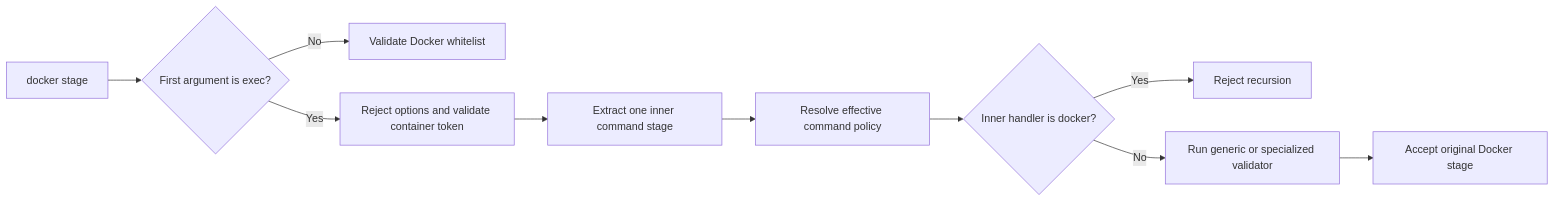
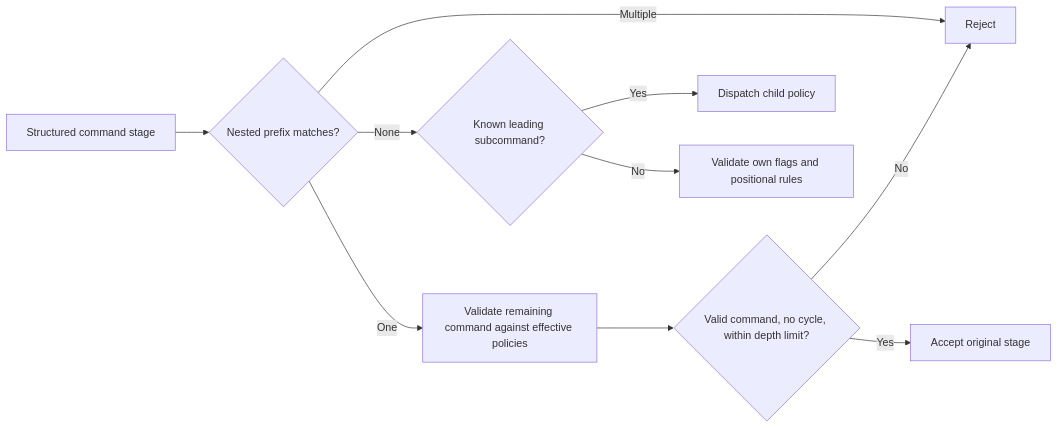
Before and after one commit to untillpro/safe-ssh-mcp: the third of 3 diagrams in docs/design.md, drawn with Mermaid. The commit also changed other lines of this file and 7 other files, not shown here.

First line of the commit message:
Enhance command policy structure with subcommands and nested commands

````diff
--- a/docs/design.md
+++ b/docs/design.md
@@ -126,12 +139,12 @@
 ```mermaid
 flowchart LR
-    Docker["docker stage"] --> Kind{"First argument is exec?"}
-    Kind -->|No| Generic["Validate Docker whitelist"]
-    Kind -->|Yes| Envelope["Reject options and validate container token"]
-    Envelope --> Inner["Extract one inner command stage"]
-    Inner --> Policy["Resolve effective command policy"]
-    Policy --> Guard{"Inner handler is docker?"}
-    Guard -->|Yes| Reject["Reject recursion"]
-    Guard -->|No| Validate["Run generic or specialized validator"]
-    Validate --> Accept["Accept original Docker stage"]
+    Stage["Structured command stage"] --> Prefix{"Nested prefix matches?"}
+    Prefix -->|Multiple| Reject["Reject"]
+    Prefix -->|One| Inner["Validate remaining command against effective policies"]
+    Inner --> Guard{"Valid command, no cycle, within depth limit?"}
+    Guard -->|No| Reject
+    Guard -->|Yes| Accept["Accept original stage"]
+    Prefix -->|None| Child{"Known leading subcommand?"}
+    Child -->|Yes| Recurse["Dispatch child policy"]
+    Child -->|No| Own["Validate own flags and positional rules"]
 ```
````
